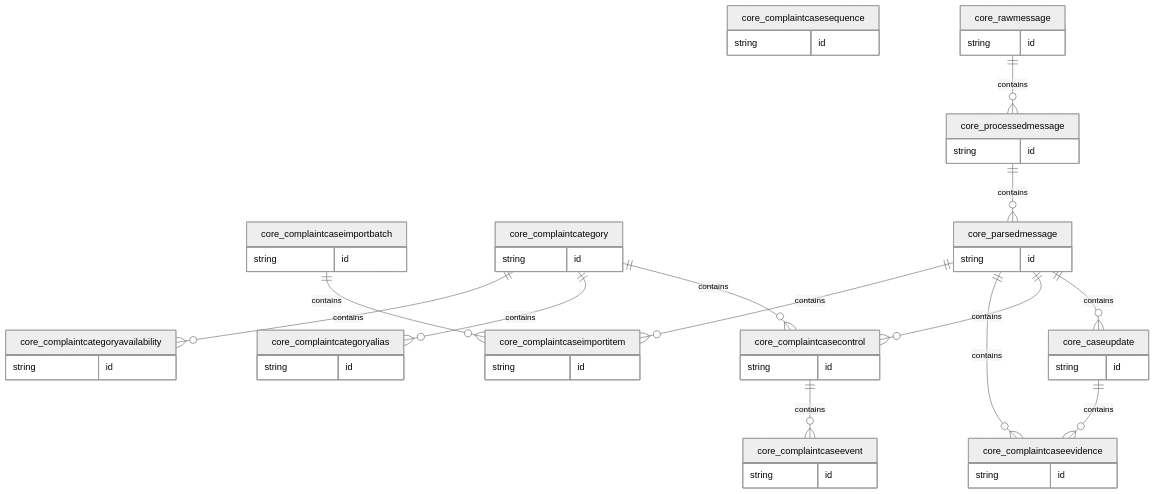
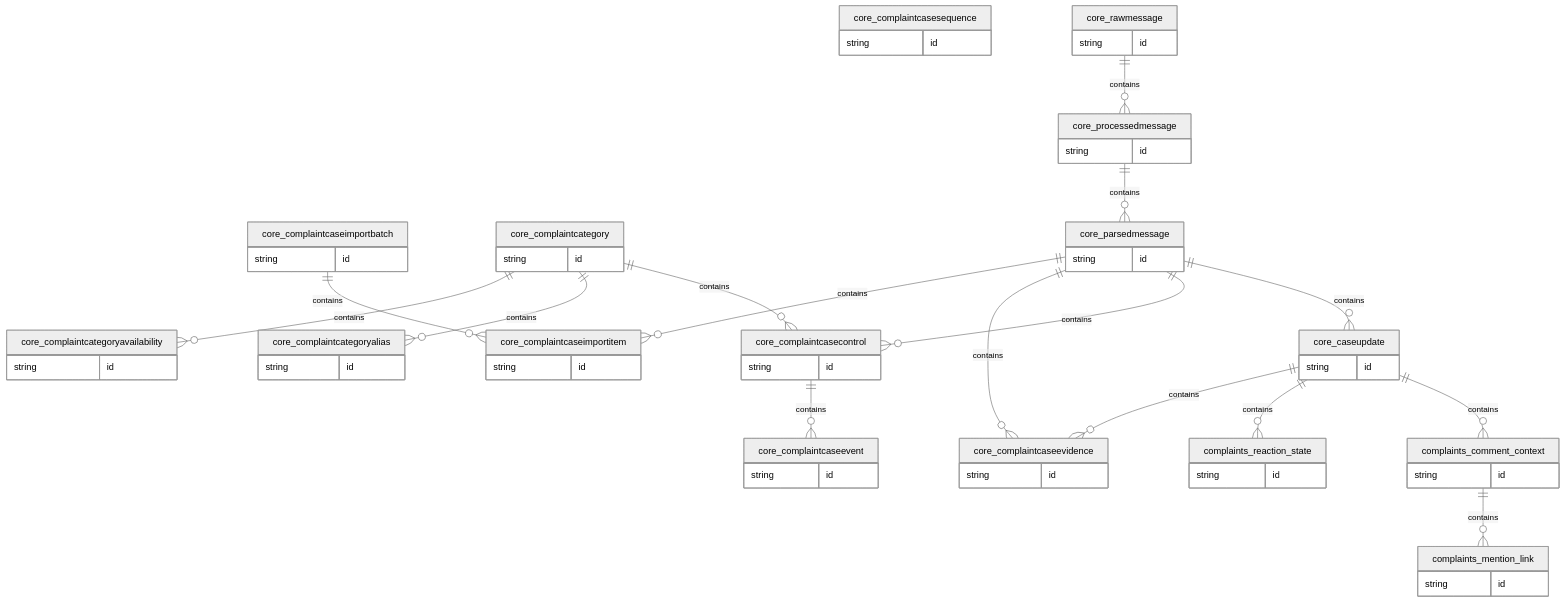
The diagram in docs/database/complaints.mmd (bedanavrvm/HB-Biogas-Telegram-Bot), drawn with Mermaid (neutral theme) before and after one commit. The commit also changed 39 other files, not shown here.

```diff
--- a/docs/database/complaints.mmd
+++ b/docs/database/complaints.mmd
@@ -1,52 +1,64 @@
 erDiagram
+  complaints_comment_context {
+    string id
+  }
+  complaints_mention_link {
+    string id
+  }
+  complaints_reaction_state {
+    string id
+  }
   core_caseupdate {
     string id
   }
   core_complaintcasecontrol {
     string id
   }
   core_complaintcaseevent {
     string id
   }
   core_complaintcaseevidence {
     string id
   }
   core_complaintcaseimportbatch {
     string id
   }
   core_complaintcaseimportitem {
     string id
   }
   core_complaintcasesequence {
     string id
   }
   core_complaintcategory {
     string id
   }
   core_complaintcategoryalias {
     string id
   }
   core_complaintcategoryavailability {
     string id
   }
   core_parsedmessage {
     string id
   }
   core_processedmessage {
     string id
   }
   core_rawmessage {
     string id
   }
+  core_caseupdate ||--o{ complaints_comment_context : contains
+  complaints_comment_context ||--o{ complaints_mention_link : contains
+  core_caseupdate ||--o{ complaints_reaction_state : contains
   core_parsedmessage ||--o{ core_caseupdate : contains
   core_complaintcategory ||--o{ core_complaintcasecontrol : contains
   core_parsedmessage ||--o{ core_complaintcasecontrol : contains
   core_complaintcasecontrol ||--o{ core_complaintcaseevent : contains
   core_caseupdate ||--o{ core_complaintcaseevidence : contains
   core_parsedmessage ||--o{ core_complaintcaseevidence : contains
   core_complaintcaseimportbatch ||--o{ core_complaintcaseimportitem : contains
   core_parsedmessage ||--o{ core_complaintcaseimportitem : contains
   core_complaintcategory ||--o{ core_complaintcategoryalias : contains
   core_complaintcategory ||--o{ core_complaintcategoryavailability : contains
   core_processedmessage ||--o{ core_parsedmessage : contains
   core_rawmessage ||--o{ core_processedmessage : contains
```
